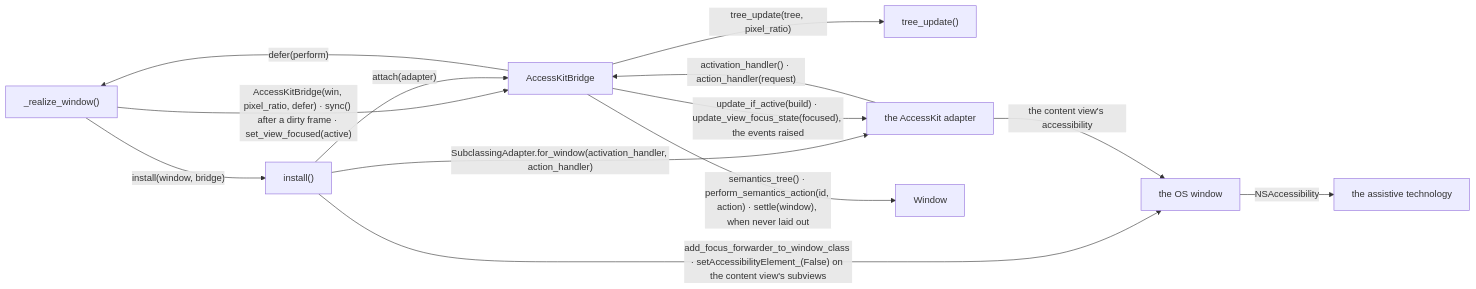
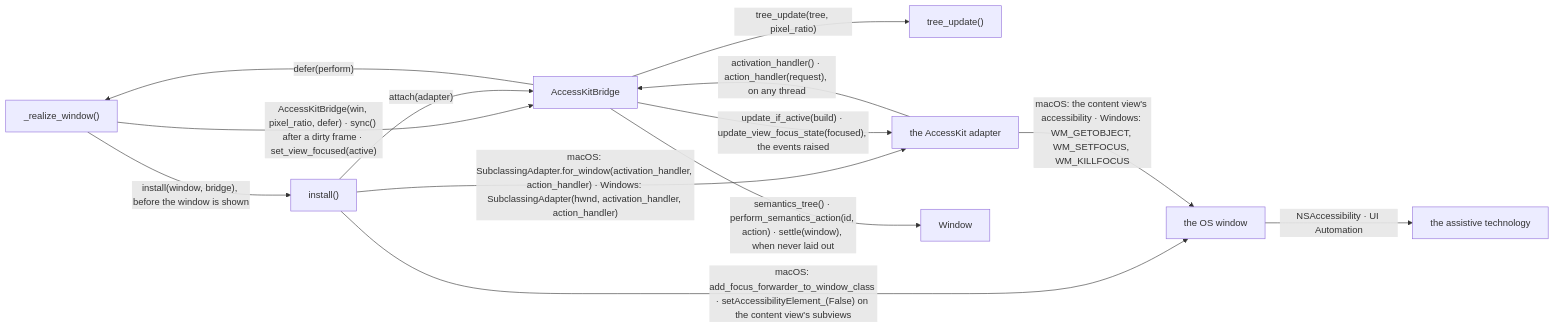
The fifth of 7 diagrams in docs/design/ACCESSIBILITY.md (yuksblog/nuiitivet), drawn with Mermaid before and after one commit. The commit also changed other lines of this file and 12 other files, not shown here.

First line of the commit message:
feat(accessibility): hand the semantics tree to Narrator through AccessKit on Windows

````diff
--- a/docs/design/ACCESSIBILITY.md
+++ b/docs/design/ACCESSIBILITY.md
@@ -209,24 +210,24 @@
 ```mermaid
 flowchart LR
     realize["_realize_window()"]
     bridge[AccessKitBridge]
     convert["tree_update()"]
     installer["install()"]
     adapter[the AccessKit adapter]
     oswindow[the OS window]
     window[Window]
     at[the assistive technology]
 
     realize -- "AccessKitBridge(win, pixel_ratio, defer) · sync() after a dirty frame · set_view_focused(active)" --> bridge
-    realize -- "install(window, bridge)" --> installer
-    installer -- "add_focus_forwarder_to_window_class · setAccessibilityElement_(False) on the content view's subviews" --> oswindow
-    installer -- "SubclassingAdapter.for_window(activation_handler, action_handler)" --> adapter
+    realize -- "install(window, bridge), before the window is shown" --> installer
+    installer -- "macOS: add_focus_forwarder_to_window_class · setAccessibilityElement_(False) on the content view's subviews" --> oswindow
+    installer -- "macOS: SubclassingAdapter.for_window(activation_handler, action_handler) · Windows: SubclassingAdapter(hwnd, activation_handler, action_handler)" --> adapter
     installer -- "attach(adapter)" --> bridge
     bridge -- "semantics_tree() · perform_semantics_action(id, action) · settle(window), when never laid out" --> window
     bridge -- "tree_update(tree, pixel_ratio)" --> convert
     bridge -- "update_if_active(build) · update_view_focus_state(focused), the events raised" --> adapter
-    adapter -- "activation_handler() · action_handler(request)" --> bridge
+    adapter -- "activation_handler() · action_handler(request), on any thread" --> bridge
     bridge -- "defer(perform)" --> realize
-    adapter -- "the content view's accessibility" --> oswindow
-    oswindow -- "NSAccessibility" --> at
+    adapter -- "macOS: the content view's accessibility · Windows: WM_GETOBJECT, WM_SETFOCUS, WM_KILLFOCUS" --> oswindow
+    oswindow -- "NSAccessibility · UI Automation" --> at
 ```
````
